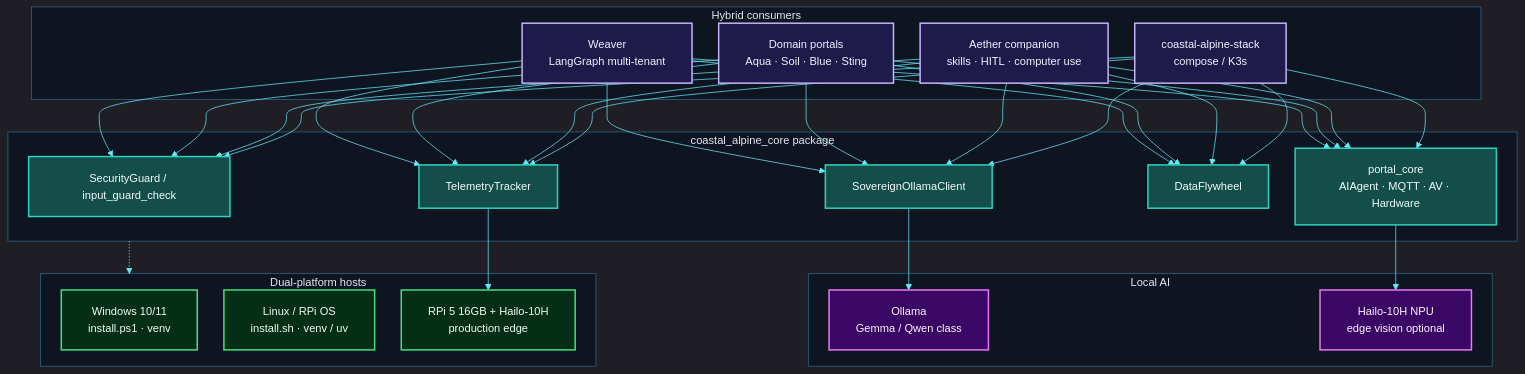
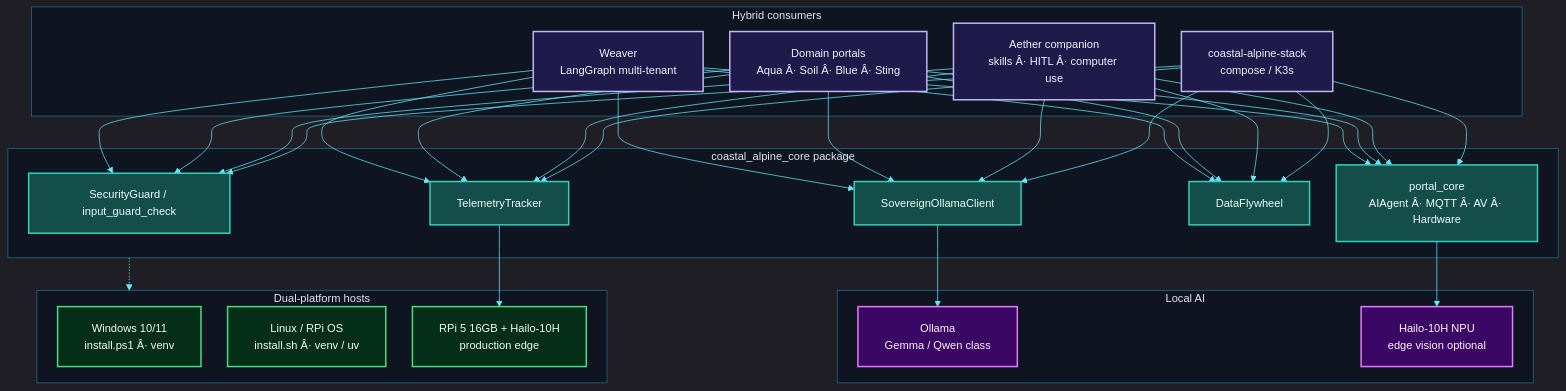
One commit to fivepanelhat/Coastal-Alpine-Core changed the diagram in README.md. Above: the diagram before and after it, drawn with Mermaid. The commit also changed other lines of this file and 8 other files, not shown here.

````diff
--- a/README.md
+++ b/README.md
@@ -46,71 +63,71 @@
 ```mermaid
 %%{init: {
   "theme": "dark",
   "themeVariables": {
     "fontSize": "15px",
     "fontFamily": "Inter, ui-sans-serif, system-ui, sans-serif",
     "primaryColor": "#0ea5e9",
     "primaryTextColor": "#f8fafc",
     "primaryBorderColor": "#38bdf8",
     "lineColor": "#67e8f9",
     "secondaryColor": "#1e293b",
     "tertiaryColor": "#0f172a",
     "clusterBkg": "#0b1220cc",
     "clusterBorder": "#38bdf880",
     "titleColor": "#e2e8f0"
   },
   "flowchart": {
     "nodeSpacing": 36,
     "rankSpacing": 44,
     "padding": 18,
     "htmlLabels": true,
     "curve": "basis",
     "useMaxWidth": true
   }
 }}%%
 flowchart TB
 
     classDef edge fill:#0c4a6e,stroke:#38bdf8,stroke-width:2px,color:#f0f9ff
     classDef core fill:#134e4a,stroke:#2dd4bf,stroke-width:2px,color:#f0fdfa
     classDef ai fill:#3b0764,stroke:#e879f9,stroke-width:2px,color:#fdf4ff
     classDef app fill:#1e1b4b,stroke:#c4b5fd,stroke-width:2px,color:#eef2ff
     classDef host fill:#052e16,stroke:#4ade80,stroke-width:2px,color:#f0fdf4
     classDef orch fill:#312e81,stroke:#a5b4fc,stroke-width:2px,color:#eef2ff
 
     subgraph CONSUMERS["Hybrid consumers"]
         W["Weaver<br/>LangGraph multi-tenant"]
-        P["Domain portals<br/>Aqua · Soil · Blue · Sting"]
-        A["Aether companion<br/>skills · HITL · computer use"]
+        P["Domain portals<br/>Aqua Â· Soil Â· Blue Â· Sting"]
+        A["Aether companion<br/>skills Â· HITL Â· computer use"]
         S["coastal-alpine-stack<br/>compose / K3s"]
     end
 
     subgraph SDK["coastal_alpine_core package"]
         G["SecurityGuard / input_guard_check"]
         T["TelemetryTracker"]
         C["SovereignOllamaClient"]
         FW["DataFlywheel"]
-        PC["portal_core<br/>AIAgent · MQTT · AV · Hardware"]
+        PC["portal_core<br/>AIAgent Â· MQTT Â· AV Â· Hardware"]
     end
 
     subgraph AI["Local AI"]
         O["Ollama<br/>Gemma / Qwen class"]
         HAI["Hailo-10H NPU<br/>edge vision optional"]
     end
 
     subgraph HOSTS["Dual-platform hosts"]
-        WIN["Windows 10/11<br/>install.ps1 · venv"]
-        LIN["Linux / RPi OS<br/>install.sh · venv / uv"]
+        WIN["Windows 10/11<br/>install.ps1 Â· venv"]
+        LIN["Linux / RPi OS<br/>install.sh Â· venv / uv"]
         RPI["RPi 5 16GB + Hailo-10H<br/>production edge"]
     end
 
     W & P & A & S --> G & T & C & FW & PC
     C --> O
     PC --> HAI
     T --> RPI
     SDK -.-> HOSTS
 
     class W,P,A,S app
     class G,T,C,FW,PC core
     class O,HAI ai
     class WIN,LIN,RPI host
 ```
````
